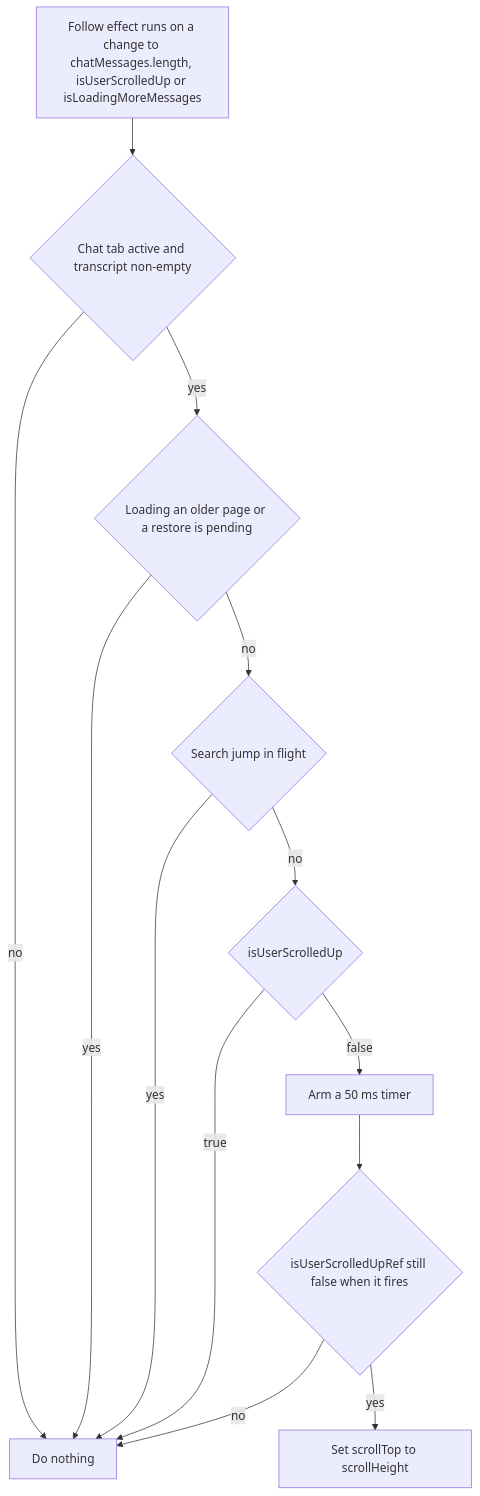
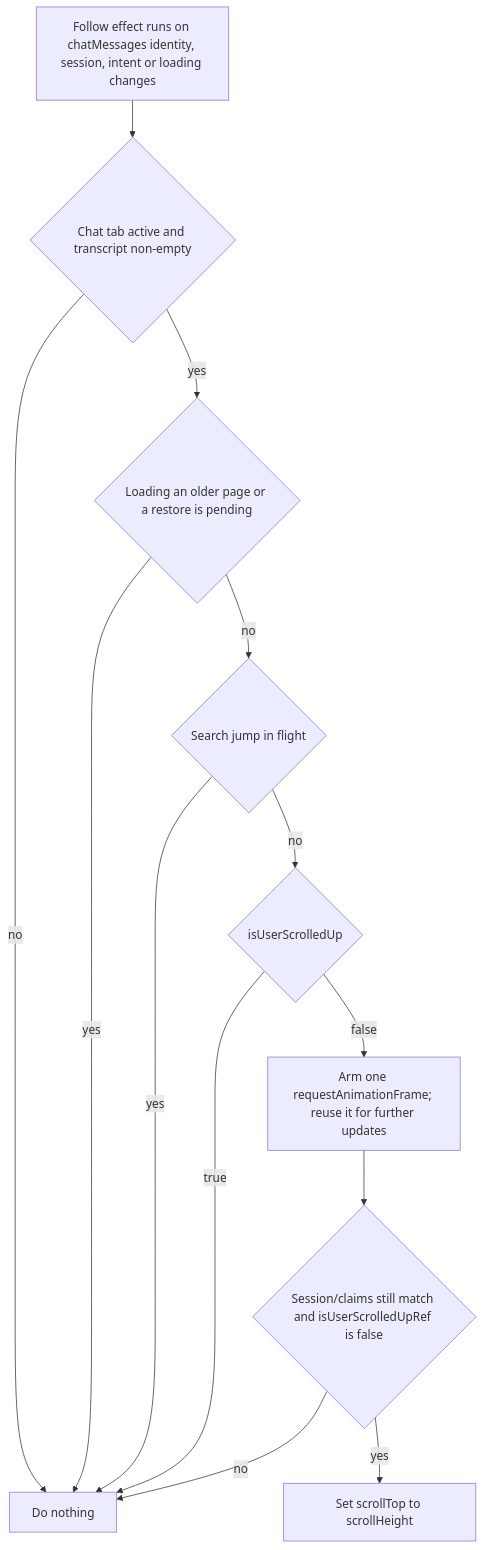
The second of 5 diagrams in docs/architecture/05-scrolling.md (selierlin/cloudcli), drawn with Mermaid before and after one commit. The commit also changed other lines of this file and 15 other files, not shown here.

````diff
--- a/docs/architecture/05-scrolling.md
+++ b/docs/architecture/05-scrolling.md
@@ -146,15 +144,15 @@
 ```mermaid
 flowchart TD
-  A["Follow effect runs on a change to chatMessages.length, isUserScrolledUp or isLoadingMoreMessages"] --> B{"Chat tab active and transcript non-empty"}
+  A["Follow effect runs on chatMessages identity, session, intent or loading changes"] --> B{"Chat tab active and transcript non-empty"}
   B -->|"no"| Z["Do nothing"]
   B -->|"yes"| D{"Loading an older page or a restore is pending"}
   D -->|"yes"| Z
   D -->|"no"| E{"Search jump in flight"}
   E -->|"yes"| Z
   E -->|"no"| F{"isUserScrolledUp"}
   F -->|"true"| Z
-  F -->|"false"| G["Arm a 50 ms timer"]
-  G --> H{"isUserScrolledUpRef still false when it fires"}
+  F -->|"false"| G["Arm one requestAnimationFrame; reuse it for further updates"]
+  G --> H{"Session/claims still match and isUserScrolledUpRef is false"}
   H -->|"no"| Z
   H -->|"yes"| I["Set scrollTop to scrollHeight"]
 ```
````
